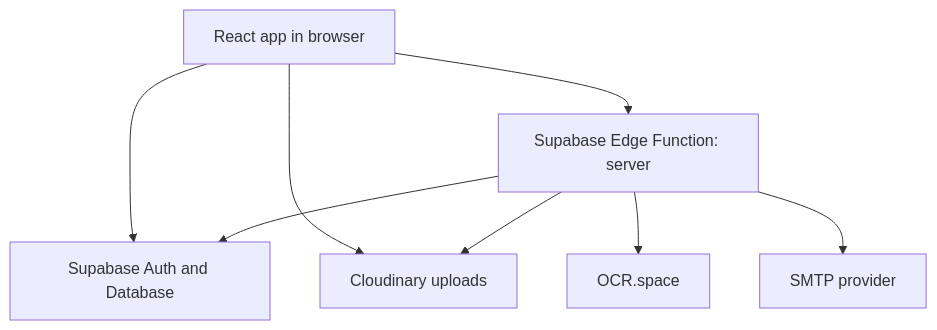
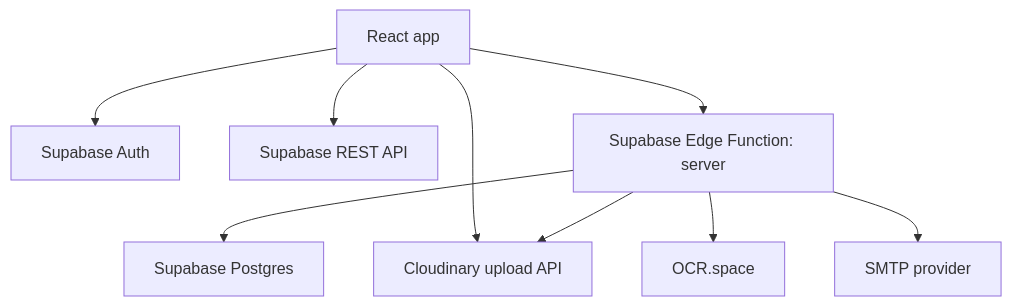
Before and after one commit to hamsoool/ClinicKa: the diagram in README.md, drawn with Mermaid. The commit also changed other lines of this file, not shown here.

````diff
--- a/README.md
+++ b/README.md
@@ -89,10 +85,11 @@
 ```mermaid
 graph TD
-  UI[React app in browser] --> SB[Supabase Auth and Database]
-  UI --> CLD[Cloudinary uploads]
-  UI --> FX[Supabase Edge Function: server]
-  FX --> SB
-  FX --> CLD
-  FX --> OCR[OCR.space]
-  FX --> SMTP[SMTP provider]
+  Browser[React app] --> Auth[Supabase Auth]
+  Browser --> Rest[Supabase REST API]
+  Browser --> Function[Supabase Edge Function: server]
+  Browser --> Cloudinary[Cloudinary upload API]
+  Function --> Database[Supabase Postgres]
+  Function --> Cloudinary
+  Function --> OCR[OCR.space]
+  Function --> SMTP[SMTP provider]
 ```
````
